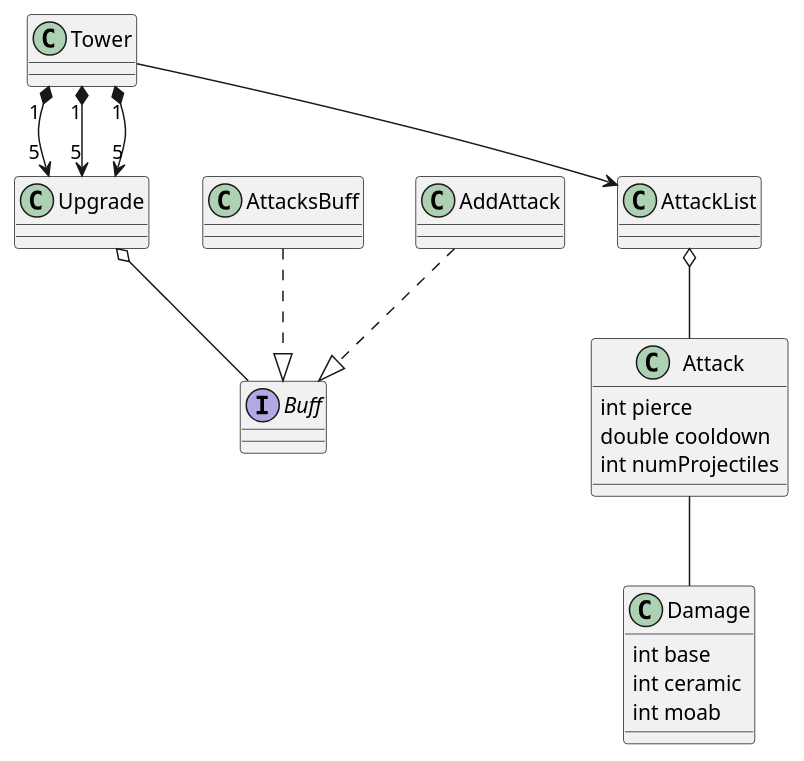
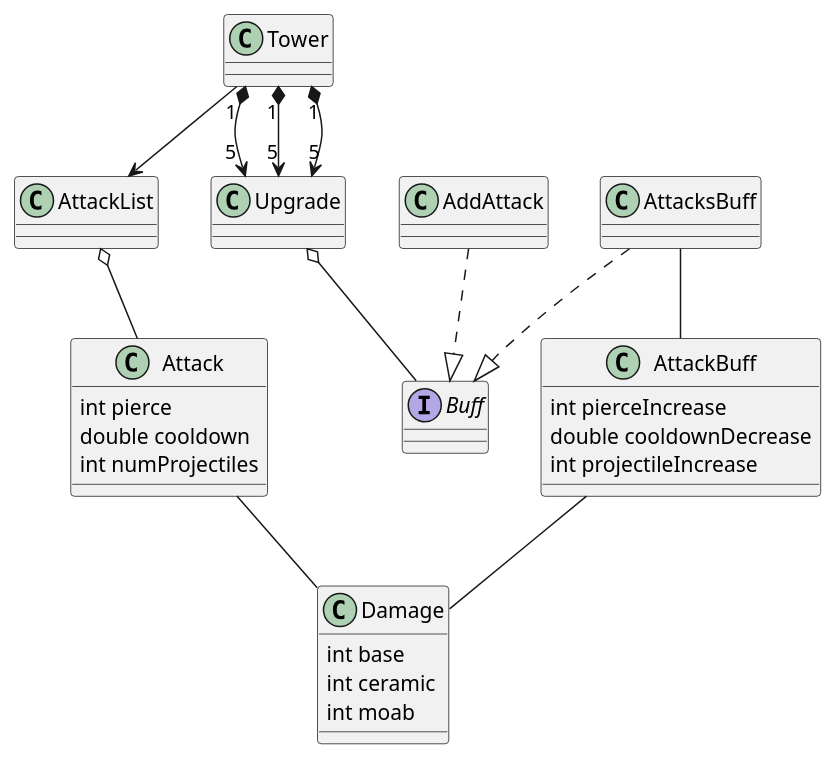
One commit to Smanmos/btd6-helper changed the diagram in docs/btd6classdiagram.puml. Above: the diagram before and after it, drawn with PlantUML.

Commit message:
Add AttackBuff

```diff
--- a/docs/btd6classdiagram.puml
+++ b/docs/btd6classdiagram.puml
@@ -1,22 +1,27 @@
 @startuml
 interface Buff
 
 Damage : int base
 Damage : int ceramic
 Damage : int moab
 
 Attack : int pierce
 Attack : double cooldown
 Attack : int numProjectiles
+Attack -- Damage
 
-Attack -- Damage
+AttackBuff : int pierceIncrease
+AttackBuff : double cooldownDecrease
+AttackBuff : int projectileIncrease
+AttackBuff -- Damage
 
 Upgrade o-- Buff
 AttacksBuff ..|> Buff
+AttacksBuff -- AttackBuff
 AddAttack ..|> Buff
 AttackList o-- Attack
 Tower "1" *--> "5" Upgrade
 Tower "1" *--> "5" Upgrade
 Tower "1" *--> "5" Upgrade
 Tower --> AttackList
 @enduml
```
